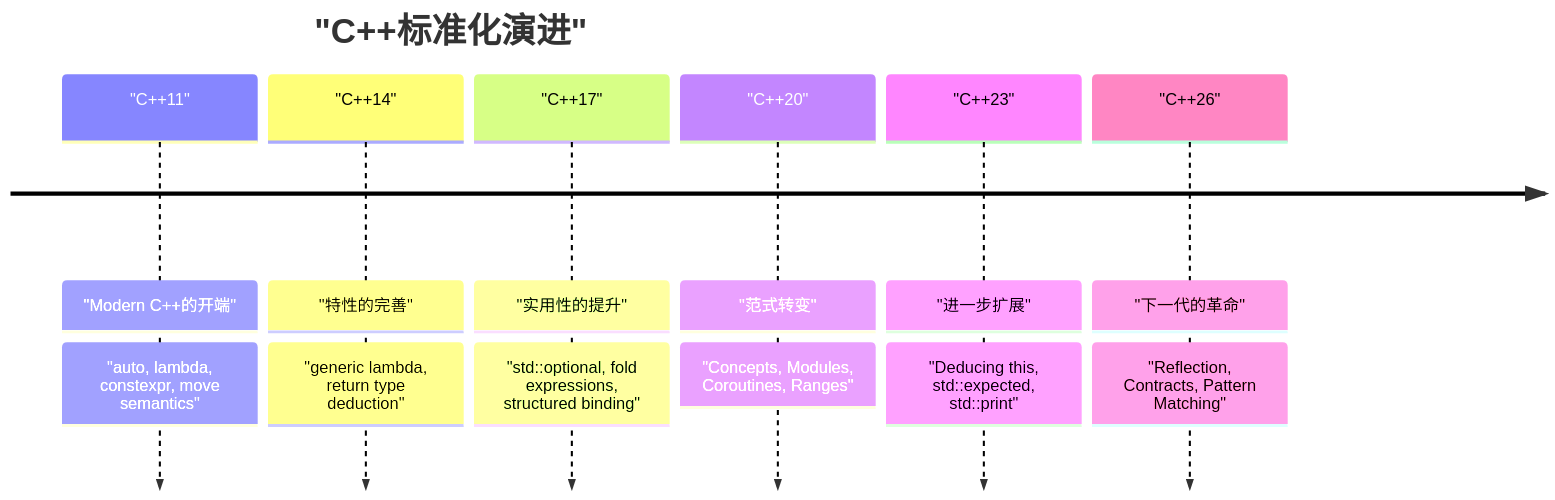
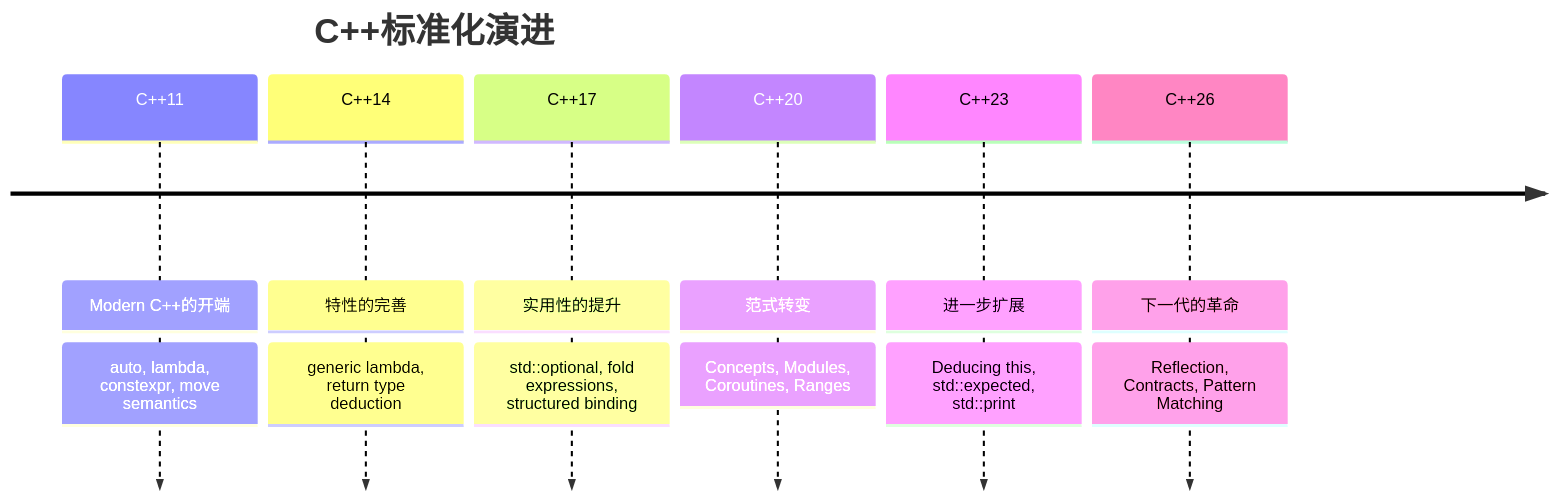
Before and after one commit to kenjinote/blog: the first of 4 diagrams in content/post/cpp26新機能/index.zh-cn.md, drawn with Mermaid. The commit also changed other lines of this file and 703 other files, not shown here.

Commit message:
Fix: Remove quotes from Mermaid link texts and timeline definitions to support Mermaid 11.4.1

````diff
--- a/content/post/cpp26新機能/index.zh-cn.md
+++ b/content/post/cpp26新機能/index.zh-cn.md
@@ -20,10 +20,10 @@
 ```mermaid
 timeline
-    title "C++标准化演进"
-    "C++11" : "Modern C++的开端" : "auto, lambda, constexpr, move semantics"
-    "C++14" : "特性的完善" : "generic lambda, return type deduction"
-    "C++17" : "实用性的提升" : "std::optional, fold expressions, structured binding"
-    "C++20" : "范式转变" : "Concepts, Modules, Coroutines, Ranges"
-    "C++23" : "进一步扩展" : "Deducing this, std::expected, std::print"
-    "C++26" : "下一代的革命" : "Reflection, Contracts, Pattern Matching"
+    title C++标准化演进
+    C++11 : Modern C++的开端 : auto, lambda, constexpr, move semantics
+    C++14 : 特性的完善 : generic lambda, return type deduction
+    C++17 : 实用性的提升 : std::optional, fold expressions, structured binding
+    C++20 : 范式转变 : Concepts, Modules, Coroutines, Ranges
+    C++23 : 进一步扩展 : Deducing this, std::expected, std::print
+    C++26 : 下一代的革命 : Reflection, Contracts, Pattern Matching
 ```
````
